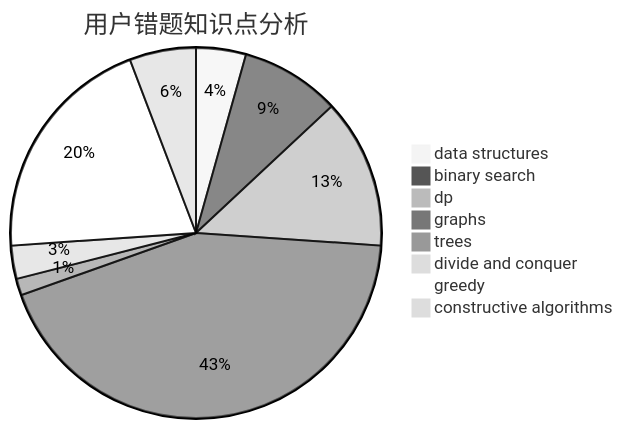
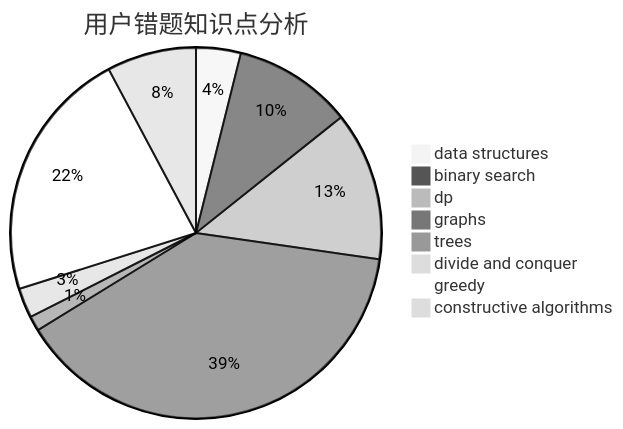
Before and after one commit to sherpahu/cfrs.github.io: the third of 3 diagrams in docs/user/u1032.md, drawn with Mermaid (neutral theme). The commit also changed other lines of this file and 2770 other files, not shown here.

````diff
--- a/docs/user/u1032.md
+++ b/docs/user/u1032.md
@@ -36,11 +36,11 @@
 ```mermaid
 pie title 用户错题知识点分析
     "data structures" :  3
-    "binary search" :  6
-    "dp" :  9
+    "binary search" :  8
+    "dp" :  10
     "graphs" :  30
     "trees" :  1
     "divide and conquer" :  2
-    "greedy" :  14
-    "constructive algorithms" :  4
+    "greedy" :  17
+    "constructive algorithms" :  6
 ```
````
